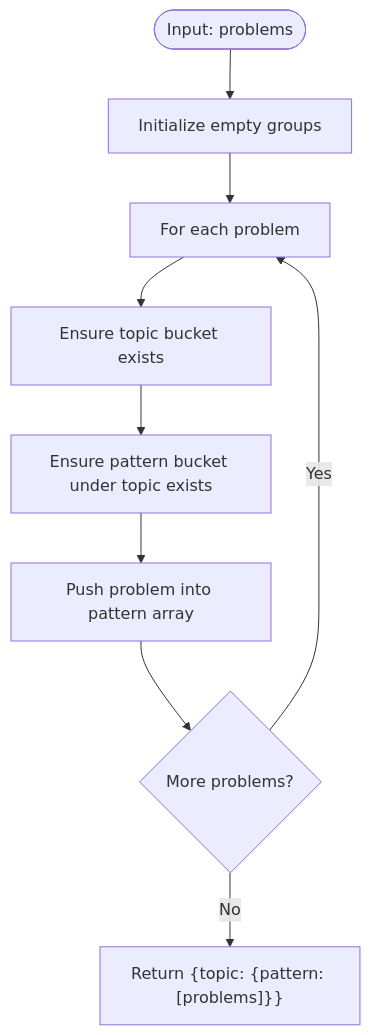
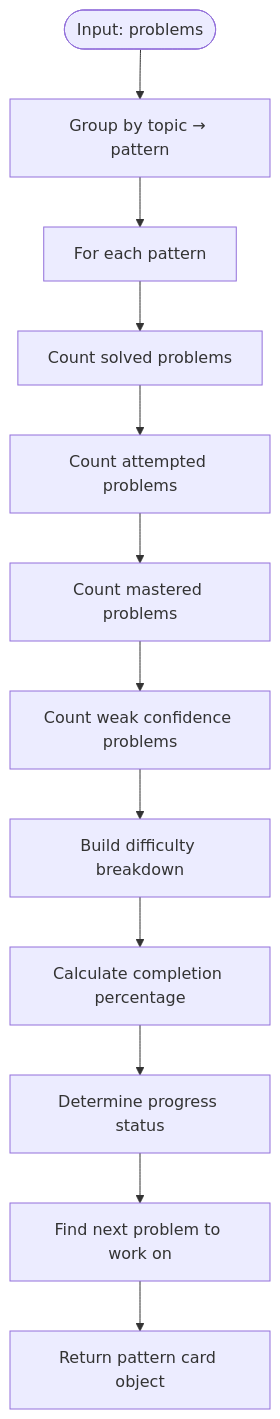
Before and after one commit to iamrituraj/DSA-Tracker: the third of 10 diagrams in .qoder/repowiki/en/content/Frontend Application/Patterns Component.md, drawn with Mermaid. The commit also changed other lines of this file and 8 other files, not shown here.

````diff
--- a/.qoder/repowiki/en/content/Frontend Application/Patterns Component.md
+++ b/.qoder/repowiki/en/content/Frontend Application/Patterns Component.md
@@ -102,11 +116,14 @@
 ```mermaid
 flowchart TD
-Start(["Input: problems"]) --> Init["Initialize empty groups"]
-Init --> ForEach["For each problem"]
-ForEach --> EnsureTopic["Ensure topic bucket exists"]
-EnsureTopic --> EnsurePattern["Ensure pattern bucket under topic exists"]
-EnsurePattern --> PushProblem["Push problem into pattern array"]
-PushProblem --> Next{"More problems?"}
-Next --> |Yes| ForEach
-Next --> |No| Return["Return {topic: {pattern: [problems]}}"]
+Start(["Input: problems"]) --> Group["Group by topic → pattern"]
+Group --> ForEach["For each pattern"]
+ForEach --> ComputeSolved["Count solved problems"]
+ComputeSolved --> ComputeAttempted["Count attempted problems"]
+ComputeAttempted --> ComputeMastered["Count mastered problems"]
+ComputeMastered --> ComputeWeak["Count weak confidence problems"]
+ComputeWeak --> ComputeDiff["Build difficulty breakdown"]
+ComputeDiff --> ComputePct["Calculate completion percentage"]
+ComputePct --> DetermineProgress["Determine progress status"]
+DetermineProgress --> FindNext["Find next problem to work on"]
+FindNext --> Return["Return pattern card object"]
 ```
````
